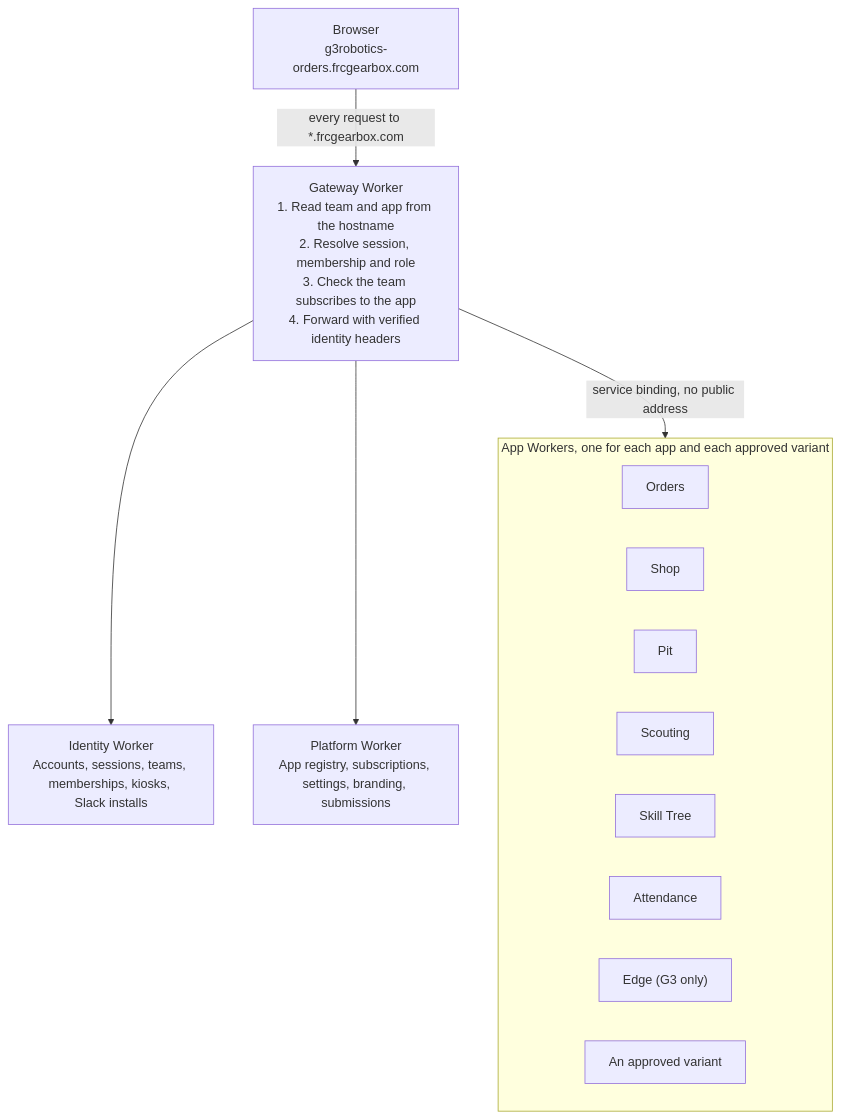
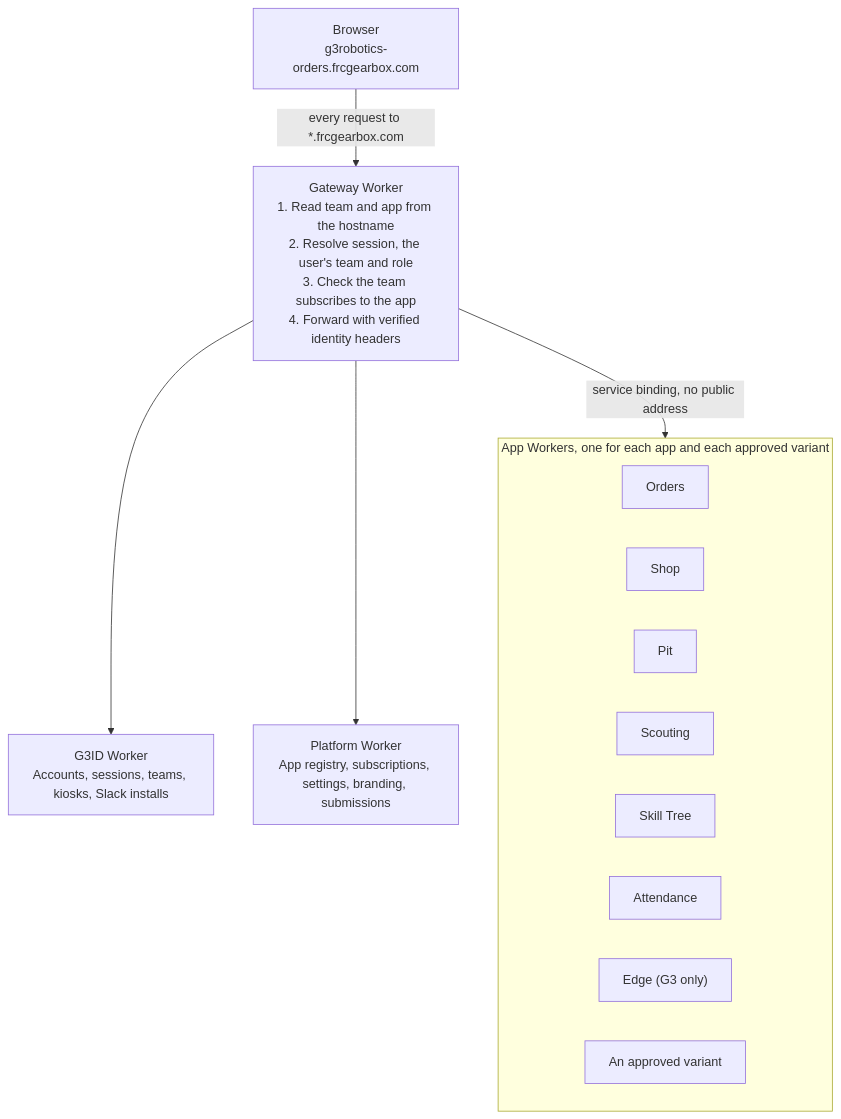
One commit to midtownrobotics/Gearbox changed the second of 2 diagrams in docs/roadmap/roadmap.md. Above: the diagram before and after it, drawn with Mermaid. The commit also changed other lines of this file and 7 other files, not shown here.

First line of the commit message:
Remove the apps/admin stub; roadmap: one team per account, no renames

````diff
--- a/docs/roadmap/roadmap.md
+++ b/docs/roadmap/roadmap.md
@@ -118,18 +120,18 @@
 ```mermaid
 flowchart TD
-  B["Browser<br/>g3robotics-orders.frcgearbox.com"] -- "every request to *.frcgearbox.com" --> G["Gateway Worker<br/>1. Read team and app from the hostname<br/>2. Resolve session, membership and role<br/>3. Check the team subscribes to the app<br/>4. Forward with verified identity headers"]
-  G --> I["Identity Worker<br/>Accounts, sessions, teams, memberships, kiosks, Slack installs"]
+  B["Browser<br/>g3robotics-orders.frcgearbox.com"] -- "every request to *.frcgearbox.com" --> G["Gateway Worker<br/>1. Read team and app from the hostname<br/>2. Resolve session, the user's team and role<br/>3. Check the team subscribes to the app<br/>4. Forward with verified identity headers"]
+  G --> I["G3ID Worker<br/>Accounts, sessions, teams, kiosks, Slack installs"]
   G --> P["Platform Worker<br/>App registry, subscriptions, settings, branding, submissions"]
   G -- "service binding, no public address" --> A
   subgraph A["App Workers, one for each app and each approved variant"]
     direction LR
     Orders
     Shop
     Pit
     Scouting
     SkillTree["Skill Tree"]
     Attendance
     Edge["Edge (G3 only)"]
     Variant["An approved variant"]
   end
 ```
````
